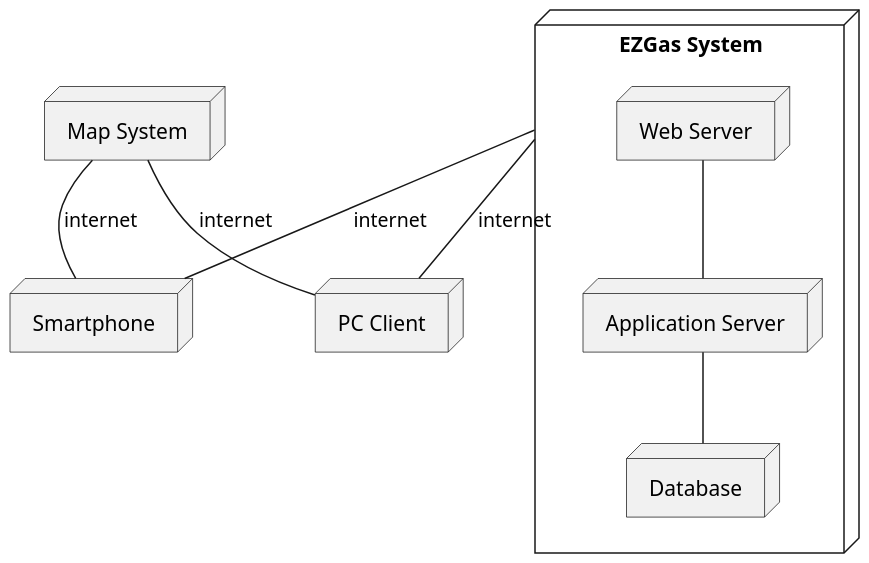
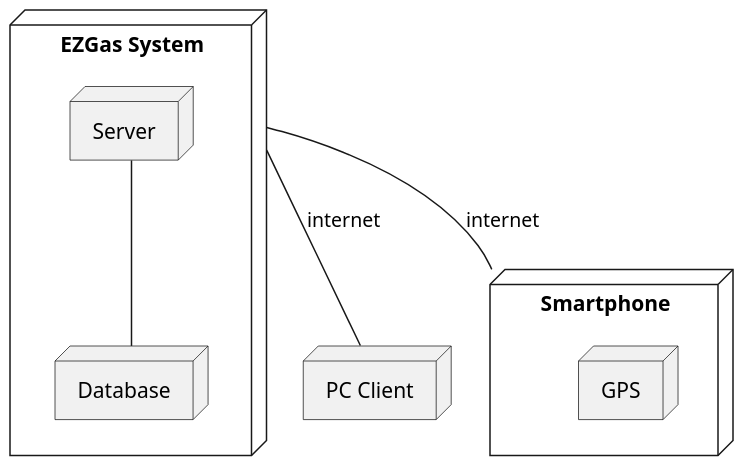
Before and after one commit to polito-se2-2020-team6/ezgas: the fifth of 5 diagrams in docs/RequirementsDocument.md, drawn with PlantUML. The commit also changed other lines of this file, not shown here.

````diff
--- a/docs/RequirementsDocument.md
+++ b/docs/RequirementsDocument.md
@@ -764,24 +765,21 @@
 ```plantuml
 @startuml
 scale 1.5
 
 node "EZGas System" as E {
-	node "Web Server" as W
-	node "Application Server" as A
+	node "Server" as A
 	node "Database" as D
 
-	W -- A
 	A -- D
 }
-node "Map System" as M
 
 node "PC Client" as P
-node "Smartphone" as S
+node "Smartphone" as S {
+	node GPS
+}
 
-M -- P :"internet"
-M -- S :"internet"
 E -- P :"internet"
 E -- S :"internet"
 
 @enduml
 ```
````
